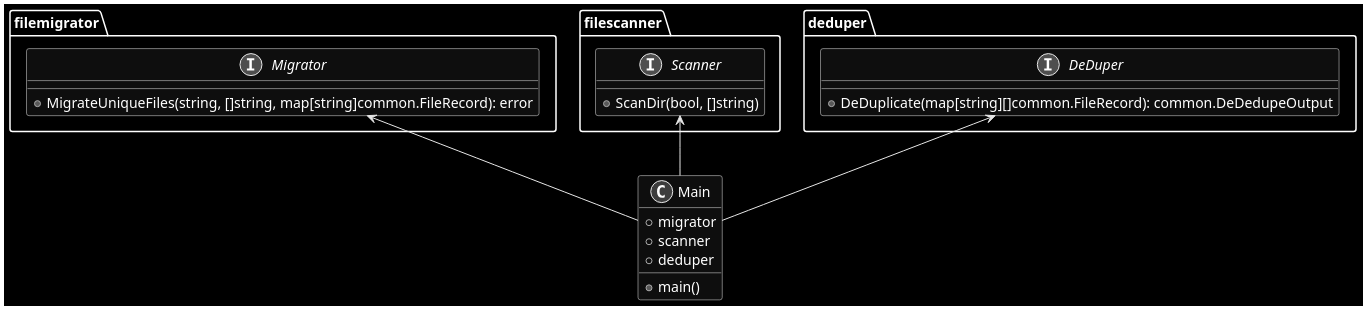
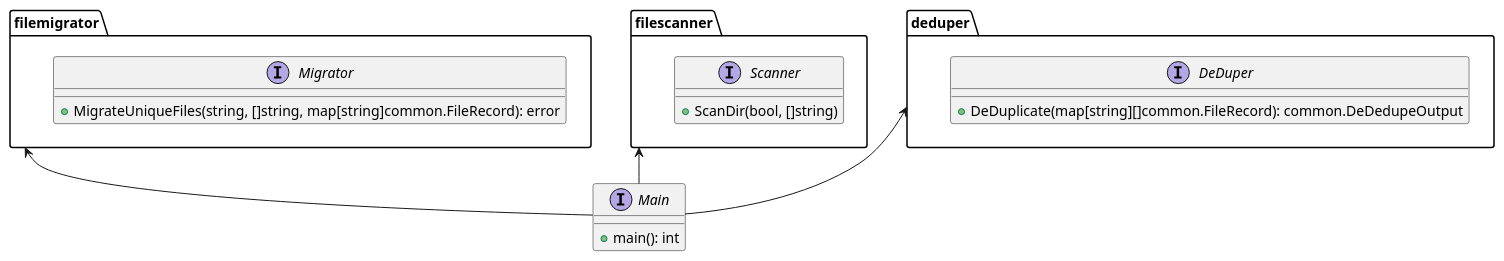
Before and after one commit to james-cathcart/file-consolidator: the diagram in docs/architecture.puml, drawn with PlantUML. The commit also changed 6 other files, not shown here.

Commit message:
removed styling for diagrams (to use less ink if printed)

```diff
--- a/docs/architecture.puml
+++ b/docs/architecture.puml
@@ -1,25 +1,21 @@
 @startuml
 'https://plantuml.com/class-diagram
-skinparam monochrome reverse
 
-class Main {
-    + migrator
-    + scanner
-    + deduper
-    + main()
+interface Main {
+    + main(): int
 }
 interface filemigrator.Migrator {
     +MigrateUniqueFiles(string, []string, map[string]common.FileRecord): error
 }
 interface filescanner.Scanner {
     +ScanDir(bool, []string)
 }
 interface deduper.DeDuper {
     +DeDuplicate(map[string][]common.FileRecord): common.DeDedupeOutput
 }
 
-Migrator <-- Main
-DeDuper <-- Main
-Scanner <-- Main
+filescanner <-- Main
+filemigrator <-- Main
+deduper <-- Main
 
 @enduml
```
